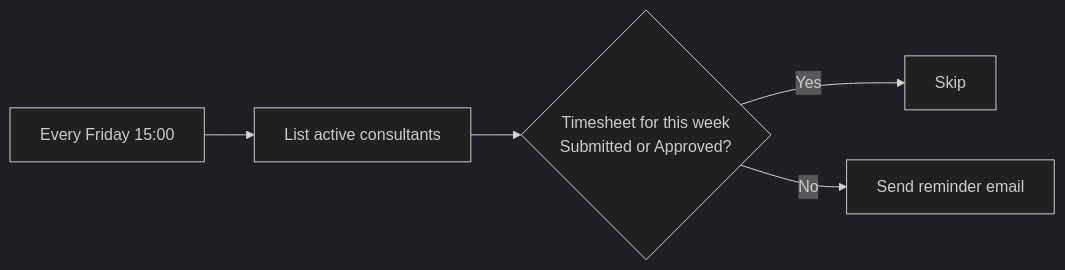
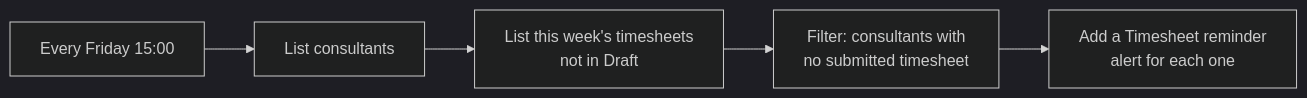
Before and after one commit to DiogoS7/Houston: the second of 3 diagrams in docs/process-flows.md, drawn with Mermaid (dark theme). The commit also changed other lines of this file and 1 other file, not shown here.

Commit message:
Docs: in-app alerts and Alert table

````diff
--- a/docs/process-flows.md
+++ b/docs/process-flows.md
@@ -23,7 +27,7 @@
 ```mermaid
 flowchart LR
-    A[Every Friday 15:00] --> B[List active consultants]
-    B --> C{Timesheet for this week<br/>Submitted or Approved?}
-    C -->|Yes| D[Skip]
-    C -->|No| E[Send reminder email]
+    A[Every Friday 15:00] --> B[List consultants]
+    B --> C[List this week's timesheets<br/>not in Draft]
+    C --> D[Filter: consultants with<br/>no submitted timesheet]
+    D --> E[Add a Timesheet reminder<br/>alert for each one]
 ```
````
